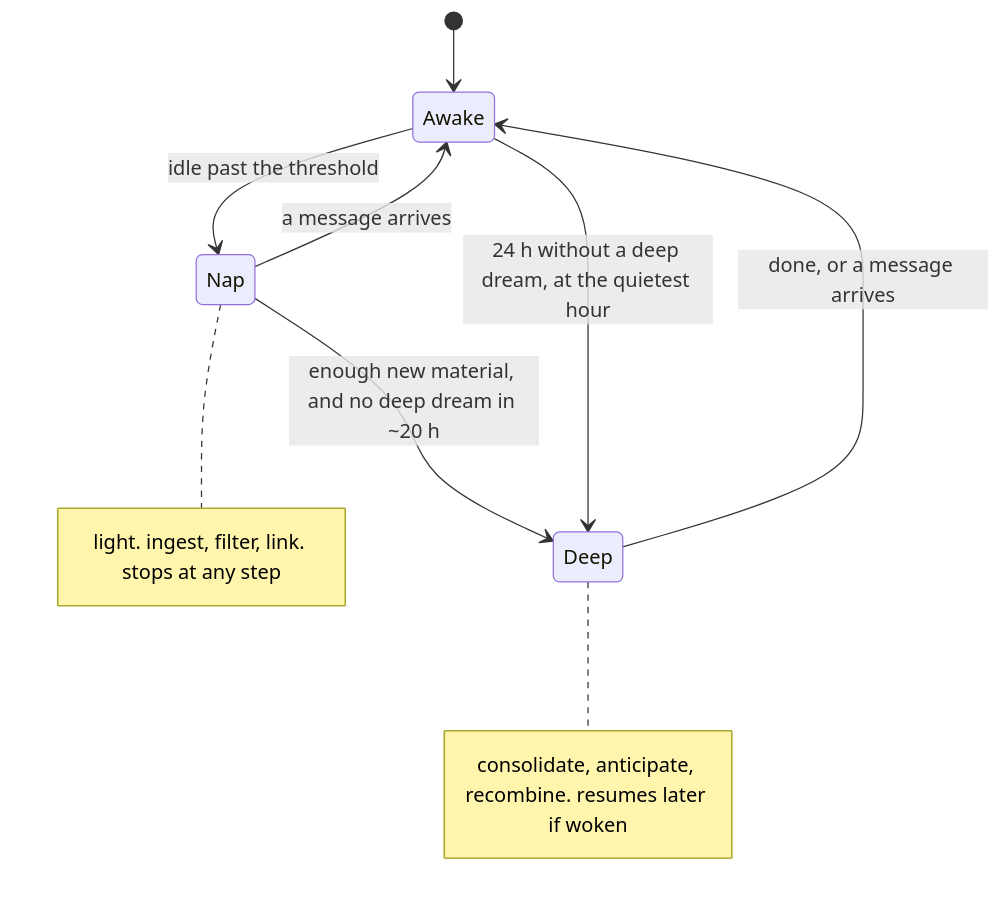
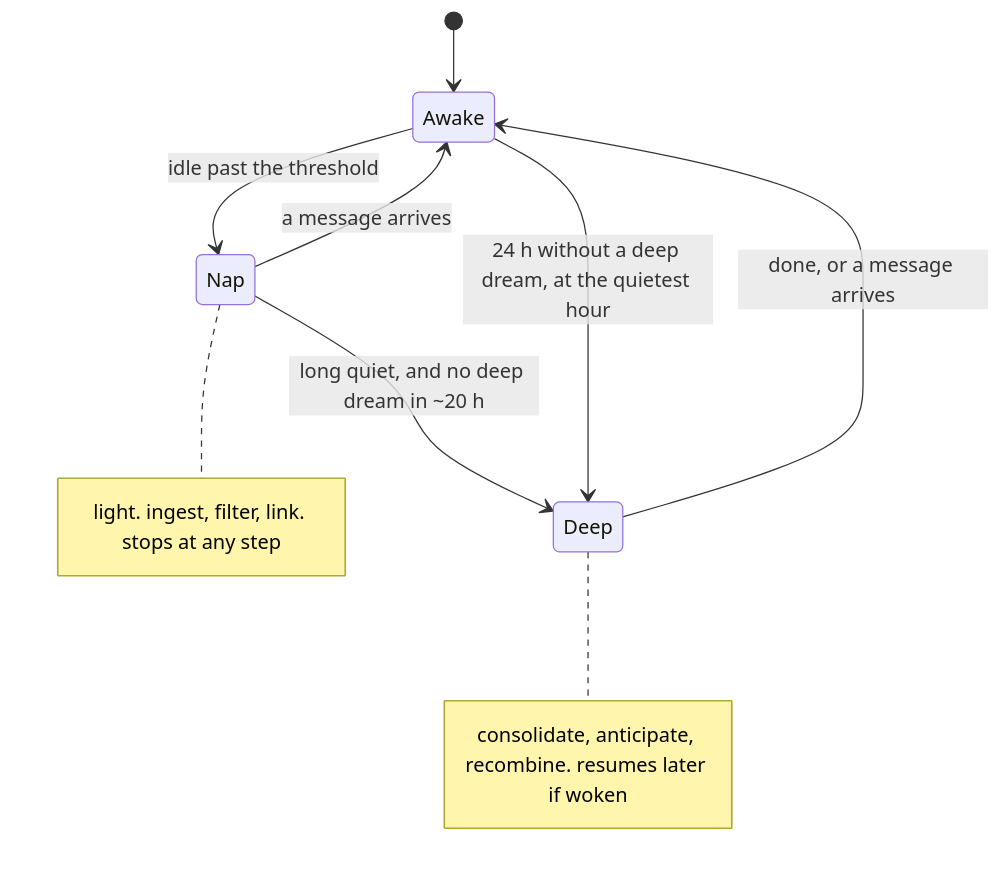
Before and after one commit to CarlvinceTan/polymux: the second of 2 diagrams in docs/proactivity.md, drawn with Mermaid. The commit also changed other lines of this file, not shown here.

````diff
--- a/docs/proactivity.md
+++ b/docs/proactivity.md
@@ -83,11 +83,11 @@
 ```mermaid
 stateDiagram-v2
     [*] --> Awake
     Awake --> Nap: idle past the threshold
     Nap --> Awake: a message arrives
-    Nap --> Deep: enough new material, and no deep dream in ~20 h
+    Nap --> Deep: long quiet, and no deep dream in ~20 h
     Awake --> Deep: 24 h without a deep dream, at the quietest hour
     Deep --> Awake: done, or a message arrives
     note right of Nap: light. ingest, filter, link. stops at any step
     note right of Deep: consolidate, anticipate, recombine. resumes later if woken
 ```
````
